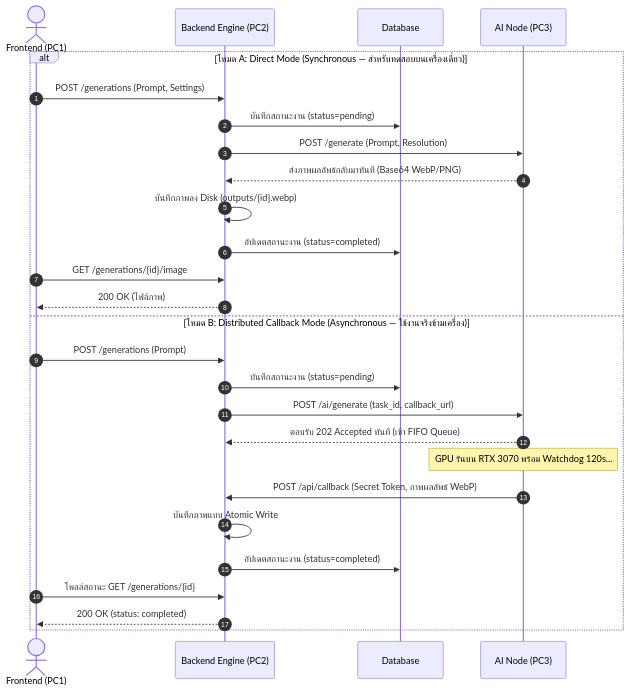
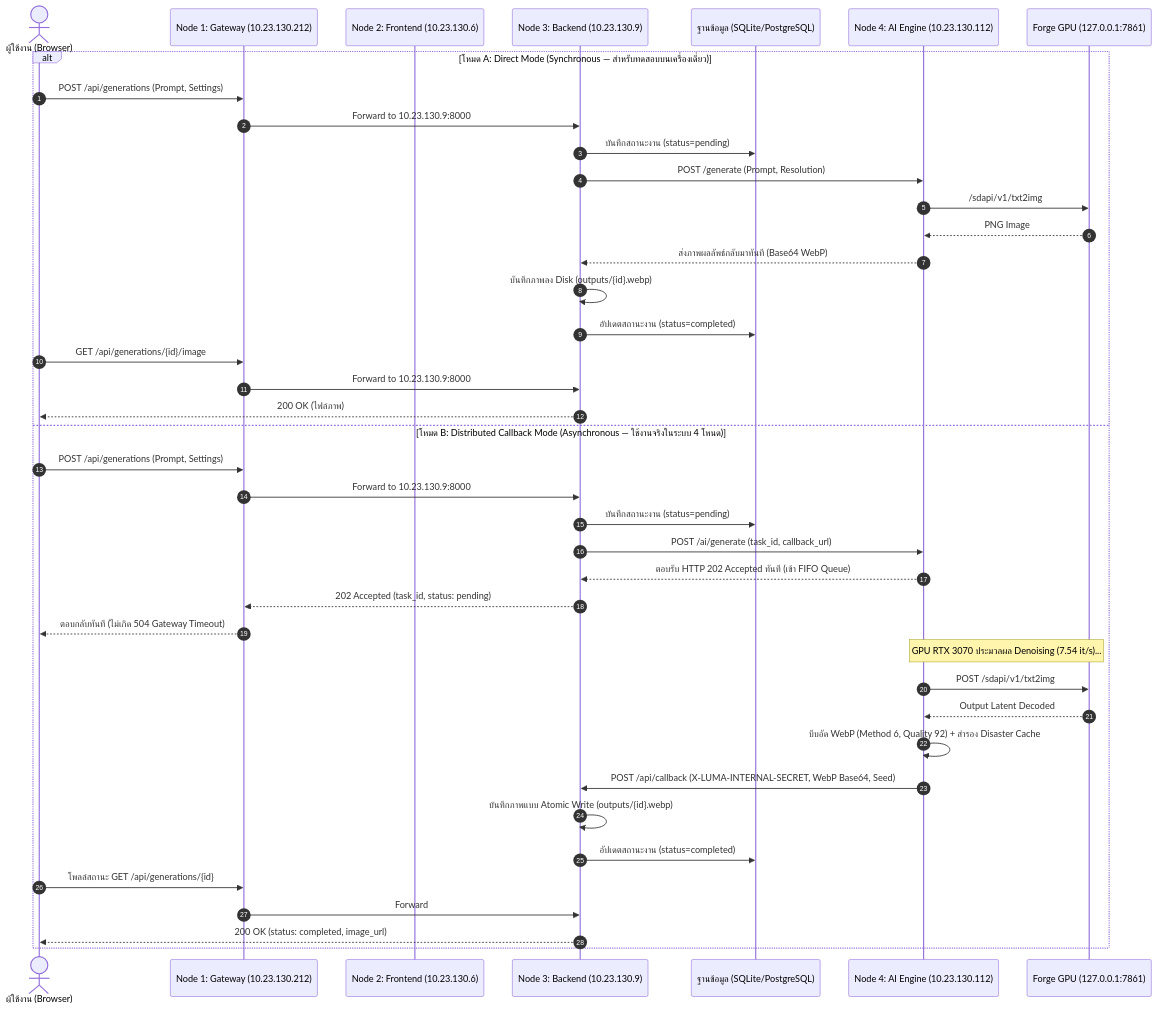
The second of 3 diagrams in README.md (Pongkarm/Project_Luma_PKW), drawn with Mermaid before and after one commit. The commit also changed other lines of this file and 1 other file, not shown here.

Commit message:
docs: align root and ai-server READMEs with 4-node topology, real IP matrix, and launch scripts

````diff
--- a/README.md
+++ b/README.md
@@ -53,30 +72,44 @@
 ```mermaid
 sequenceDiagram
     autonumber
-    actor Client as Frontend (PC1)
-    participant Backend as Backend Engine (PC2)
-    participant DB as Database
-    participant AI as AI Node (PC3)
+    actor User as ผู้ใช้งาน (Browser)
+    participant Gateway as Node 1: Gateway (10.23.130.212)
+    participant Frontend as Node 2: Frontend (10.23.130.6)
+    participant Backend as Node 3: Backend (10.23.130.9)
+    participant DB as ฐานข้อมูล (SQLite/PostgreSQL)
+    participant AI as Node 4: AI Engine (10.23.130.112)
+    participant Forge as Forge GPU (127.0.0.1:7861)
 
     alt โหมด A: Direct Mode (Synchronous — สำหรับทดสอบบนเครื่องเดี่ยว)
-        Client->>Backend: POST /generations (Prompt, Settings)
+        User->>Gateway: POST /api/generations (Prompt, Settings)
+        Gateway->>Backend: Forward to 10.23.130.9:8000
         Backend->>DB: บันทึกสถานะงาน (status=pending)
         Backend->>AI: POST /generate (Prompt, Resolution)
-        AI-->>Backend: ส่งภาพผลลัพธ์กลับมาทันที (Base64 WebP/PNG)
+        AI->>Forge: /sdapi/v1/txt2img
+        Forge-->>AI: PNG Image
+        AI-->>Backend: ส่งภาพผลลัพธ์กลับมาทันที (Base64 WebP)
         Backend->>Backend: บันทึกภาพลง Disk (outputs/{id}.webp)
         Backend->>DB: อัปเดตสถานะงาน (status=completed)
-        Client->>Backend: GET /generations/{id}/image
-        Backend-->>Client: 200 OK (ไฟล์ภาพ)
-    else โหมด B: Distributed Callback Mode (Asynchronous — ใช้งานจริงข้ามเครื่อง)
-        Client->>Backend: POST /generations (Prompt)
+        User->>Gateway: GET /api/generations/{id}/image
+        Gateway->>Backend: Forward to 10.23.130.9:8000
+        Backend-->>User: 200 OK (ไฟล์ภาพ)
+    else โหมด B: Distributed Callback Mode (Asynchronous — ใช้งานจริงในระบบ 4 โหนด)
+        User->>Gateway: POST /api/generations (Prompt, Settings)
+        Gateway->>Backend: Forward to 10.23.130.9:8000
         Backend->>DB: บันทึกสถานะงาน (status=pending)
         Backend->>AI: POST /ai/generate (task_id, callback_url)
-        AI-->>Backend: ตอบรับ 202 Accepted ทันที (เข้า FIFO Queue)
-        Note over AI: GPU รันบน RTX 3070 พร้อม Watchdog 120s...
-        AI->>Backend: POST /api/callback (Secret Token, ภาพผลลัพธ์ WebP)
-        Backend->>Backend: บันทึกภาพแบบ Atomic Write
+        AI-->>Backend: ตอบรับ HTTP 202 Accepted ทันที (เข้า FIFO Queue)
+        Backend-->>Gateway: 202 Accepted (task_id, status: pending)
+        Gateway-->>User: ตอบกลับทันที (ไม่เกิด 504 Gateway Timeout)
+        Note over AI,Forge: GPU RTX 3070 ประมวลผล Denoising (7.54 it/s)...
+        AI->>Forge: POST /sdapi/v1/txt2img
+        Forge-->>AI: Output Latent Decoded
+        AI->>AI: บีบอัด WebP (Method 6, Quality 92) + สำรอง Disaster Cache
+        AI->>Backend: POST /api/callback (X-LUMA-INTERNAL-SECRET, WebP Base64, Seed)
+        Backend->>Backend: บันทึกภาพแบบ Atomic Write (outputs/{id}.webp)
         Backend->>DB: อัปเดตสถานะงาน (status=completed)
-        Client->>Backend: โพลล์สถานะ GET /generations/{id}
-        Backend-->>Client: 200 OK (status: completed)
+        User->>Gateway: โพลล์สถานะ GET /api/generations/{id}
+        Gateway->>Backend: Forward
+        Backend-->>User: 200 OK (status: completed, image_url)
     end
 ```
````
